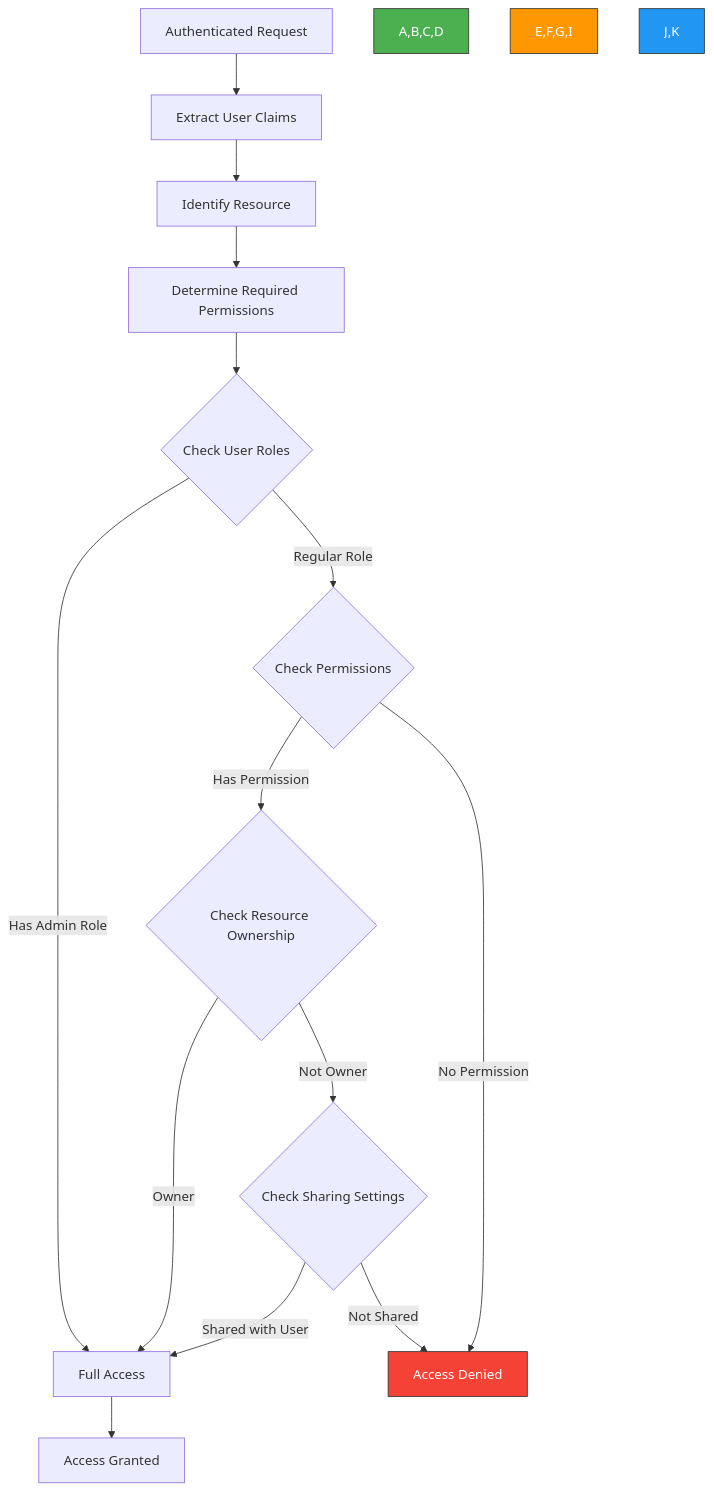
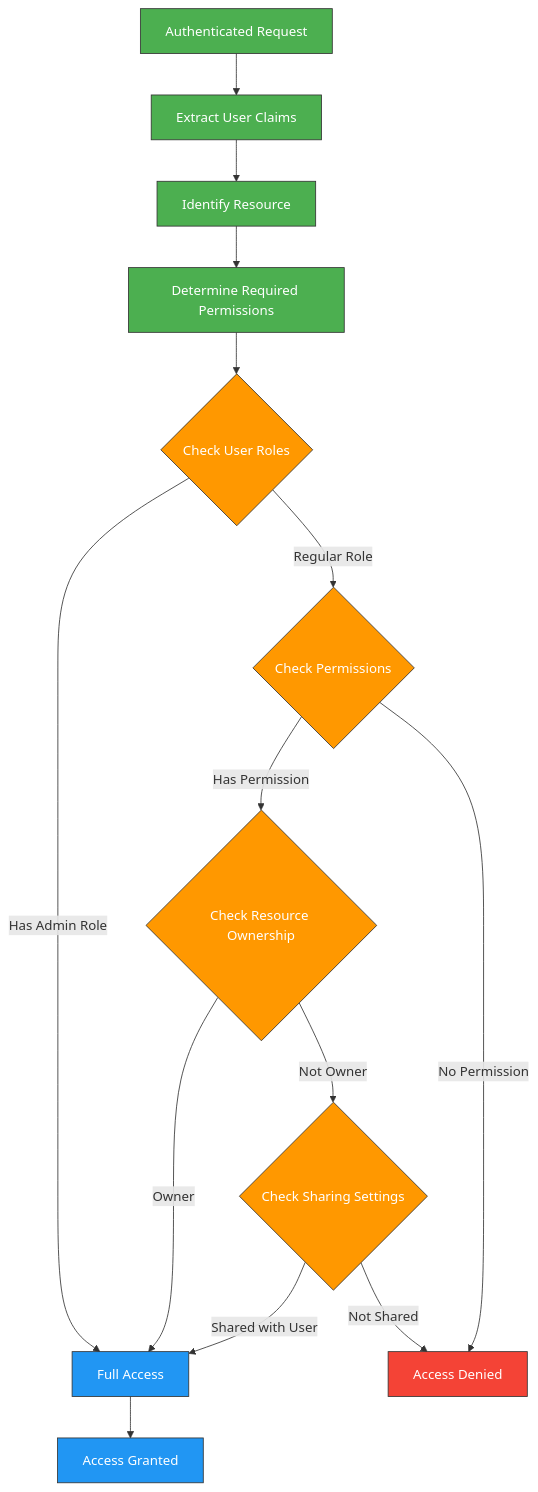
One commit to TuPhung369/Haaga_Backend_Programming changed the fifth of 8 diagrams in TuPhung_Docs/docs/backend/auth.md. Above: the diagram before and after it, drawn with Mermaid. The commit also changed other lines of this file and 25 other files, not shown here.

````diff
--- a/TuPhung_Docs/docs/backend/auth.md
+++ b/TuPhung_Docs/docs/backend/auth.md
@@ -173,26 +179,31 @@
 ```mermaid
 flowchart TD
     A[Authenticated Request] --> B[Extract User Claims]
     B --> C[Identify Resource]
     C --> D[Determine Required Permissions]
     
     D --> E{Check User Roles}
     E -->|Has Admin Role| J[Full Access]
     E -->|Regular Role| F{Check Permissions}
     
     F -->|Has Permission| G{Check Resource Ownership}
     F -->|No Permission| H[Access Denied]
     
     G -->|Owner| J
     G -->|Not Owner| I{Check Sharing Settings}
     
     I -->|Shared with User| J
     I -->|Not Shared| H
     
     J --> K[Access Granted]
     
-    style A,B,C,D fill:#4CAF50,stroke:#333,stroke-width:1px,color:#fff
-    style E,F,G,I fill:#FF9800,stroke:#333,stroke-width:1px,color:#fff
-    style H fill:#F44336,stroke:#333,stroke-width:1px,color:#fff
-    style J,K fill:#2196F3,stroke:#333,stroke-width:1px,color:#fff
+    classDef requestSteps fill:#4CAF50,stroke:#333,stroke-width:1px,color:#fff
+    classDef authChecks fill:#FF9800,stroke:#333,stroke-width:1px,color:#fff
+    classDef denied fill:#F44336,stroke:#333,stroke-width:1px,color:#fff
+    classDef granted fill:#2196F3,stroke:#333,stroke-width:1px,color:#fff
+    
+    class A,B,C,D requestSteps
+    class E,F,G,I authChecks
+    class H denied
+    class J,K granted
 ```
````
